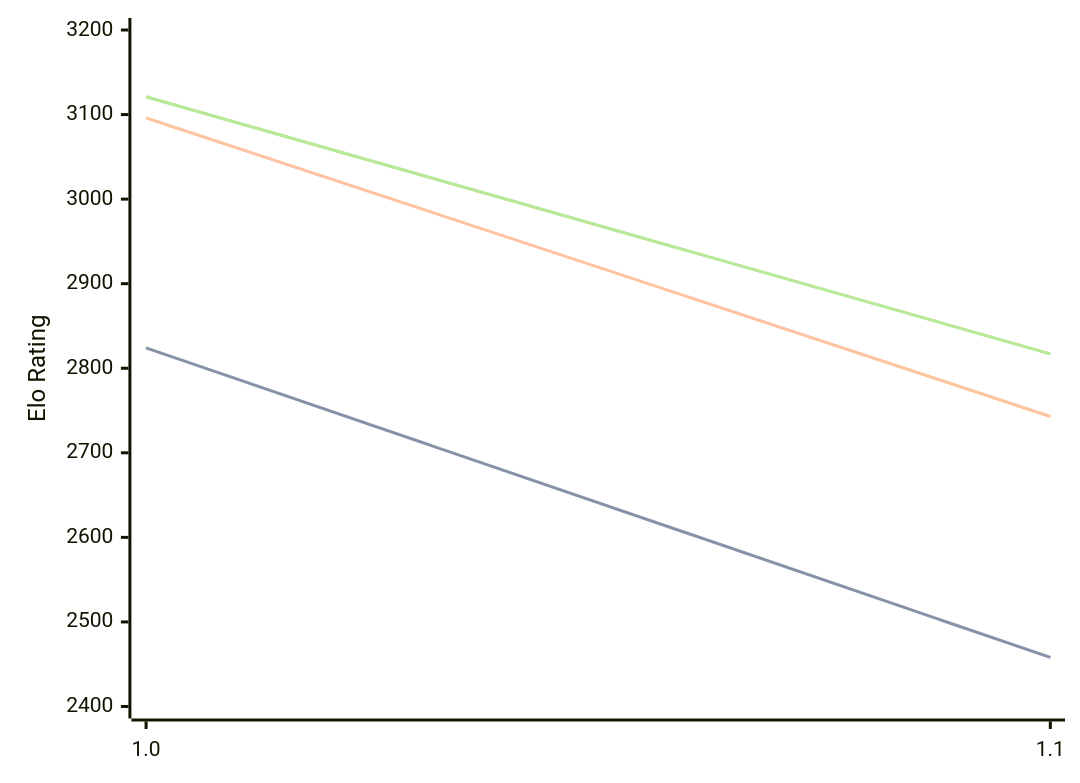
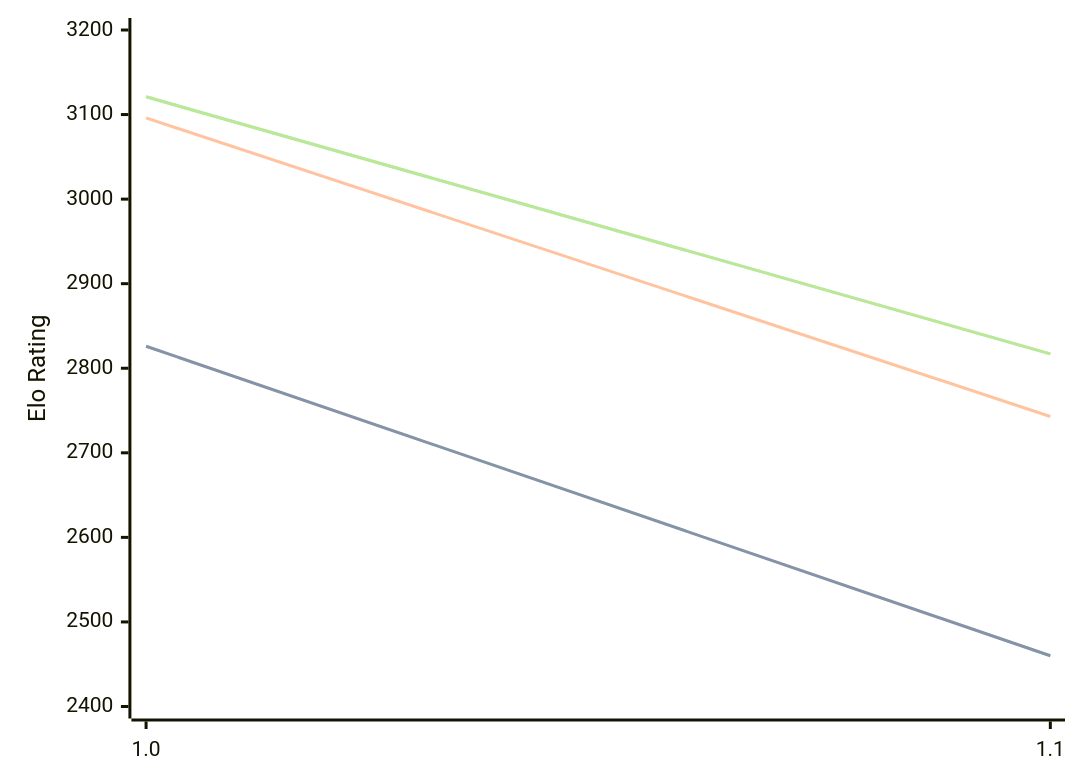
One commit to computer-chess-index/cci changed the diagram in engines/Publius.md. Above: the diagram before and after it, drawn with Mermaid. The commit also changed other lines of this file, not shown here.

````diff
--- a/engines/Publius.md
+++ b/engines/Publius.md
@@ -32,11 +32,11 @@
 ```mermaid
 %%{init: {"theme":"base","themeVariables":{"seriesColors:['#a3a3a3','#222221','#faa371']}}}%%
 xychart-beta
   x-axis ["1.0", "1.1"]
   y-axis "Elo Rating" 2400 --> 3200
-  line "STC (8.0+0.08s)" [2824, 2458]
-  line "STC (8.0+0.08s)" [2824, 2458]
+  line "STC (8.0+0.08s)" [2826, 2460]
+  line "STC (8.0+0.08s)" [2826, 2460]
   line "LTC (60.0+0.60s)" [3096, 2743]
   line "VLTC (2m24s+1.12s)" [3121, 2817]
   line "VLTC (2m24s+1.12s)" [3121, 2817]
 ```
````
